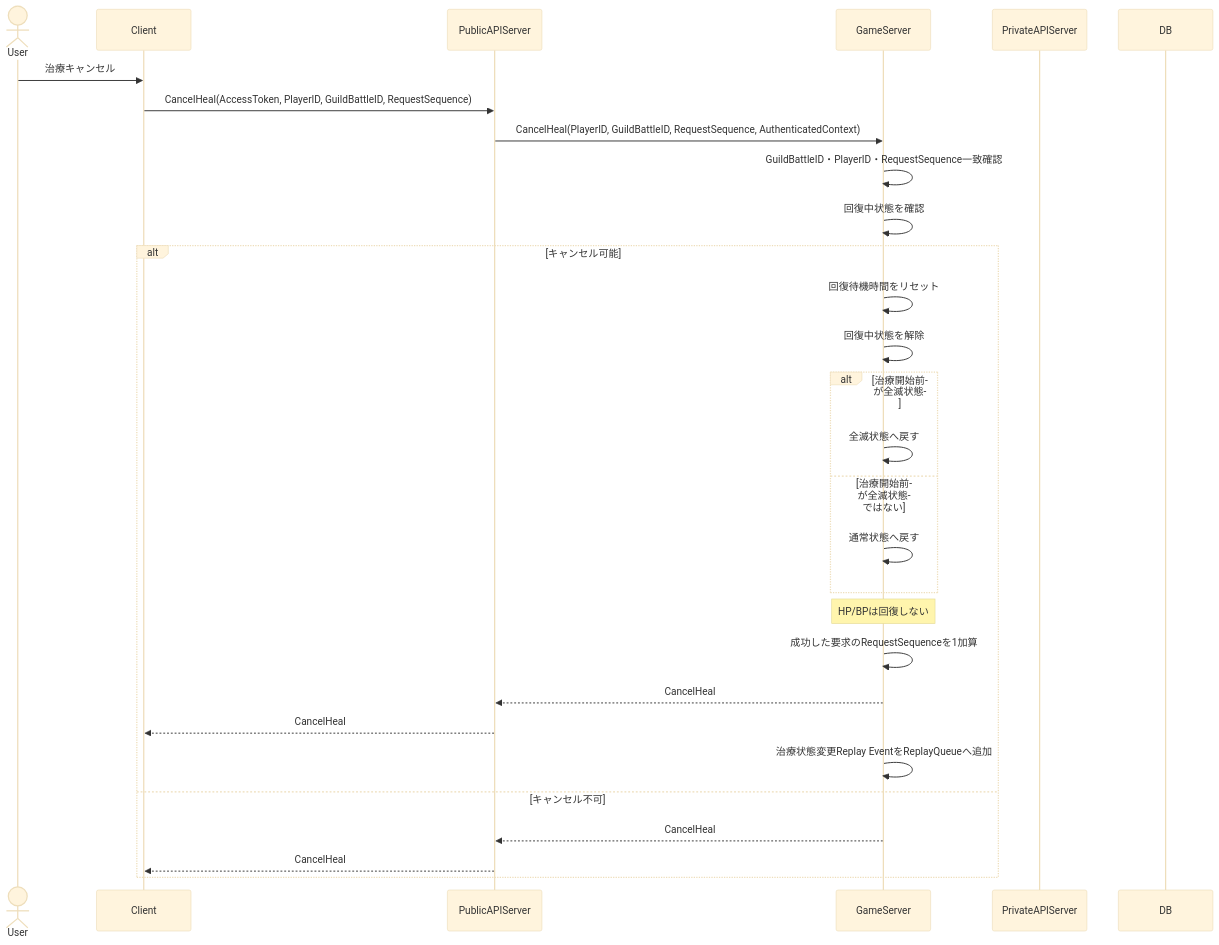
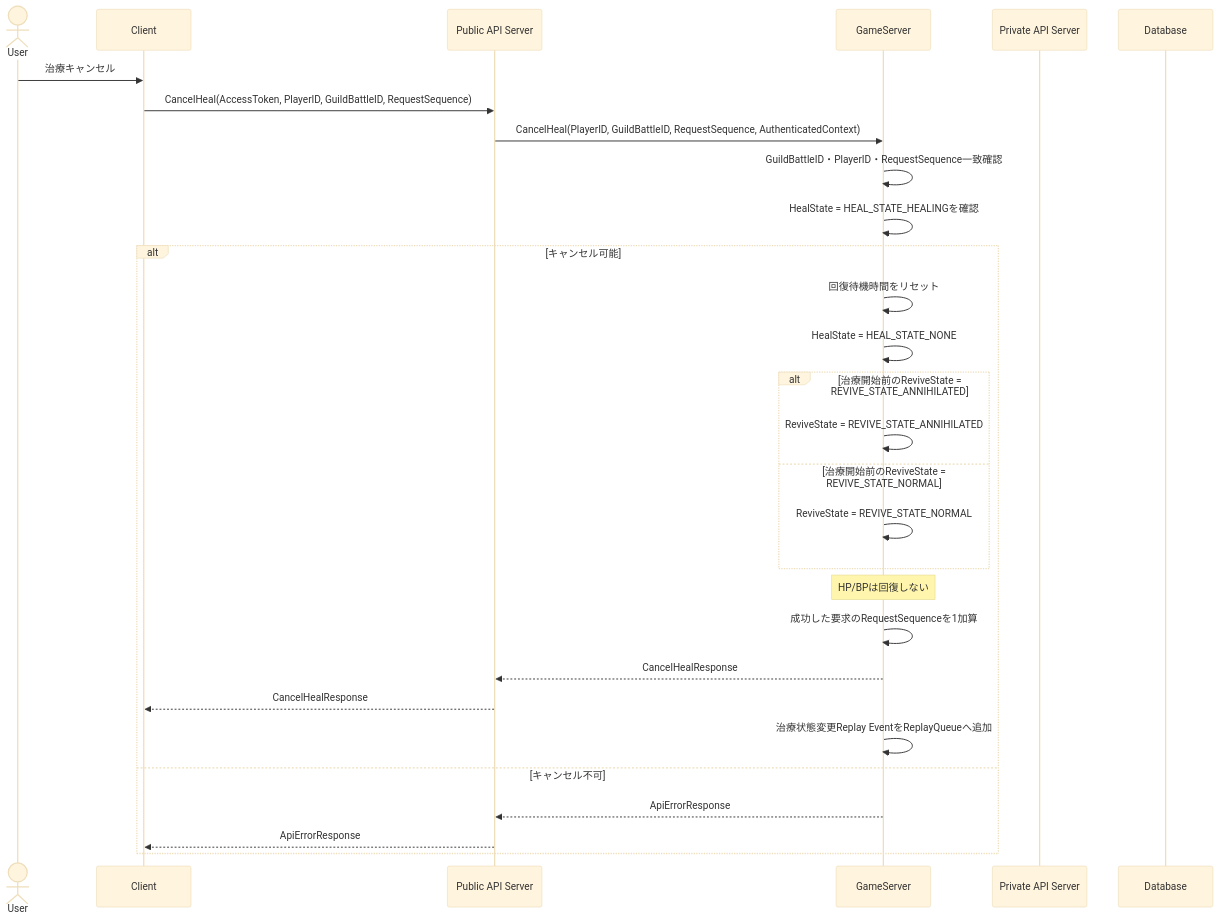
Before and after one commit to ReHydrangeaOdyssey/Specifications: the eighth of 13 diagrams in design/server/guild_battle.md, drawn with Mermaid (base theme). The commit also changed other lines of this file and 12 other files, not shown here.

Commit message:
図などの名称の統一

````diff
--- a/design/server/guild_battle.md
+++ b/design/server/guild_battle.md
@@ -440,35 +440,35 @@
 ```mermaid
 sequenceDiagram
     actor User
     participant Client
-    participant PublicAPIServer
+    participant PublicAPIServer as Public API Server
     participant GameServer
-    participant PrivateAPIServer
-    participant DB
+    participant PrivateAPIServer as Private API Server
+    participant Database
 
     User->>Client: 治療キャンセル
     Client->>PublicAPIServer: CancelHeal(AccessToken, PlayerID, GuildBattleID, RequestSequence)
     PublicAPIServer->>GameServer: CancelHeal(PlayerID, GuildBattleID, RequestSequence, AuthenticatedContext)
 
     GameServer->>GameServer: GuildBattleID・PlayerID・RequestSequence一致確認
-    GameServer->>GameServer: 回復中状態を確認
+    GameServer->>GameServer: HealState = HEAL_STATE_HEALINGを確認
 
     alt キャンセル可能
         GameServer->>GameServer: 回復待機時間をリセット
-        GameServer->>GameServer: 回復中状態を解除
-        alt 治療開始前が全滅状態
-            GameServer->>GameServer: 全滅状態へ戻す
-        else 治療開始前が全滅状態ではない
-            GameServer->>GameServer: 通常状態へ戻す
+        GameServer->>GameServer: HealState = HEAL_STATE_NONE
+        alt 治療開始前のReviveState = REVIVE_STATE_ANNIHILATED
+            GameServer->>GameServer: ReviveState = REVIVE_STATE_ANNIHILATED
+        else 治療開始前のReviveState = REVIVE_STATE_NORMAL
+            GameServer->>GameServer: ReviveState = REVIVE_STATE_NORMAL
         end
         Note over GameServer: HP/BPは回復しない
         GameServer->>GameServer: 成功した要求のRequestSequenceを1加算
-        GameServer-->>PublicAPIServer: CancelHeal
-        PublicAPIServer-->>Client: CancelHeal
+        GameServer-->>PublicAPIServer: CancelHealResponse
+        PublicAPIServer-->>Client: CancelHealResponse
 
         GameServer ->> GameServer: 治療状態変更Replay EventをReplayQueueへ追加
     else キャンセル不可
-        GameServer-->>PublicAPIServer: CancelHeal
-        PublicAPIServer-->>Client: CancelHeal
+        GameServer-->>PublicAPIServer: ApiErrorResponse
+        PublicAPIServer-->>Client: ApiErrorResponse
     end
 ```
````
